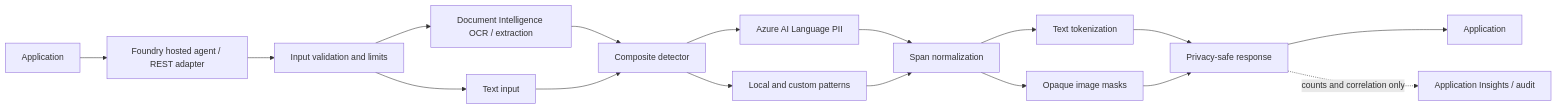
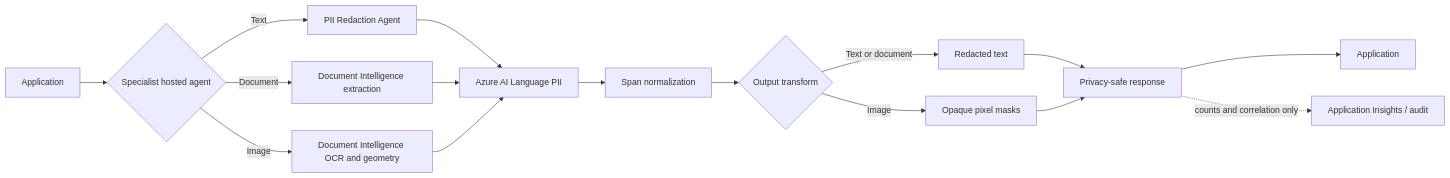
The diagram in docs/architecture.md (nabilshams/responsible-ai-guardrails), drawn with Mermaid before and after one commit. The commit also changed other lines of this file and 47 other files, not shown here.

First line of the commit message:
Refactor PII detection and redaction agents

````diff
--- a/docs/architecture.md
+++ b/docs/architecture.md
@@ -12,19 +12,18 @@
 ```mermaid
 flowchart LR
-  A[Application] --> B[Foundry hosted agent / REST adapter]
-  B --> C[Input validation and limits]
-  C --> D[Document Intelligence OCR / extraction]
-  C --> E[Text input]
-  D --> F[Composite detector]
+  A[Application] --> B{Specialist hosted agent}
+  B -->|Text| C[PII Redaction Agent]
+  B -->|Document| D[Document Intelligence extraction]
+  B -->|Image| E[Document Intelligence OCR and geometry]
+  C --> F[Azure AI Language PII]
+  D --> F
   E --> F
-  F --> G[Azure AI Language PII]
-  F --> H[Local and custom patterns]
-  G --> I[Span normalization]
-  H --> I
-  I --> J[Text tokenization]
-  I --> K[Opaque image masks]
-  J --> L[Privacy-safe response]
-  K --> L
-  L --> M[Application]
-  L -. counts and correlation only .-> N[Application Insights / audit]
+  F --> G[Span normalization]
+  G --> H{Output transform}
+  H -->|Text or document| I[Redacted text]
+  H -->|Image| J[Opaque pixel masks]
+  I --> K[Privacy-safe response]
+  J --> K
+  K --> L[Application]
+  K -. counts and correlation only .-> M[Application Insights / audit]
 ```
````
